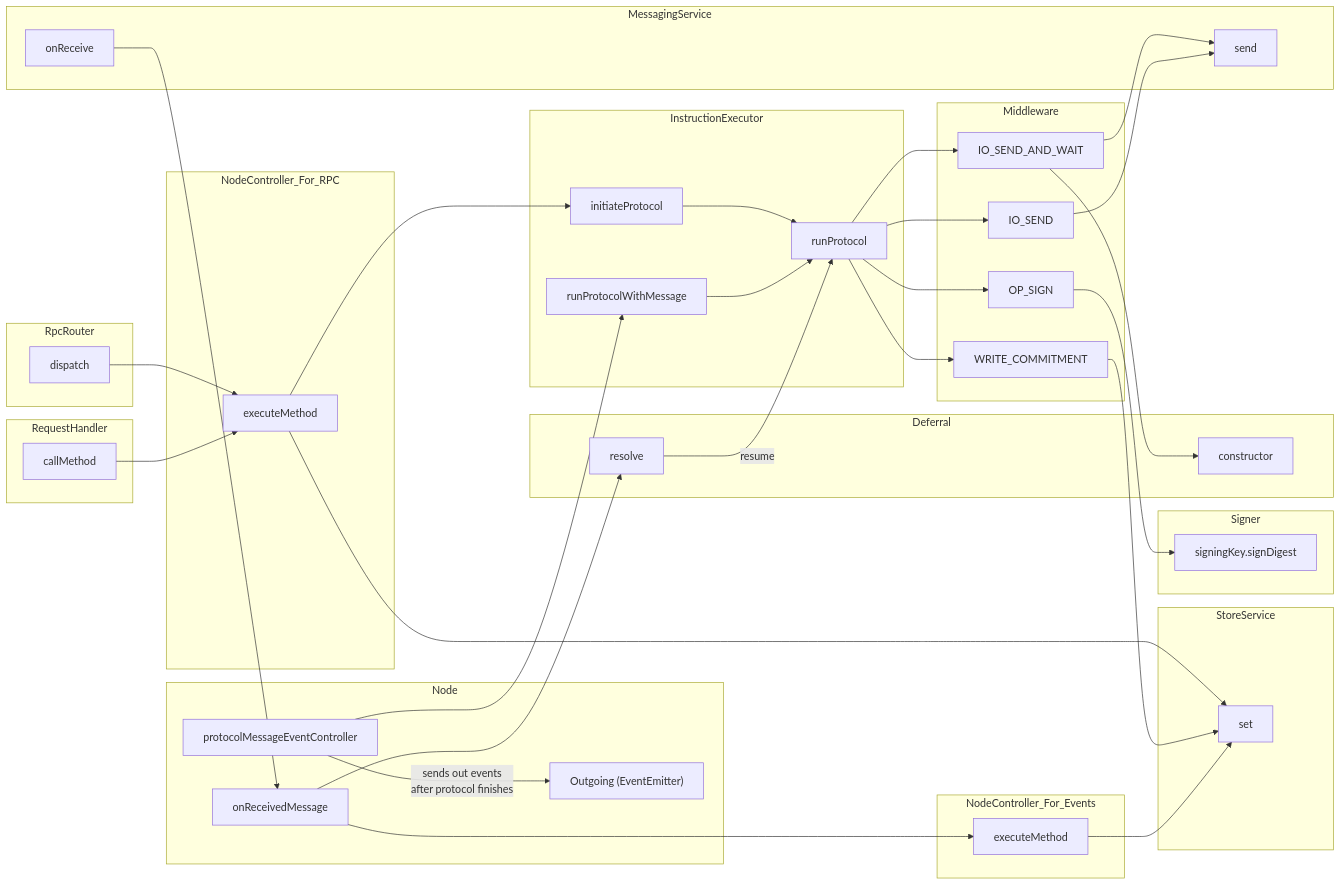
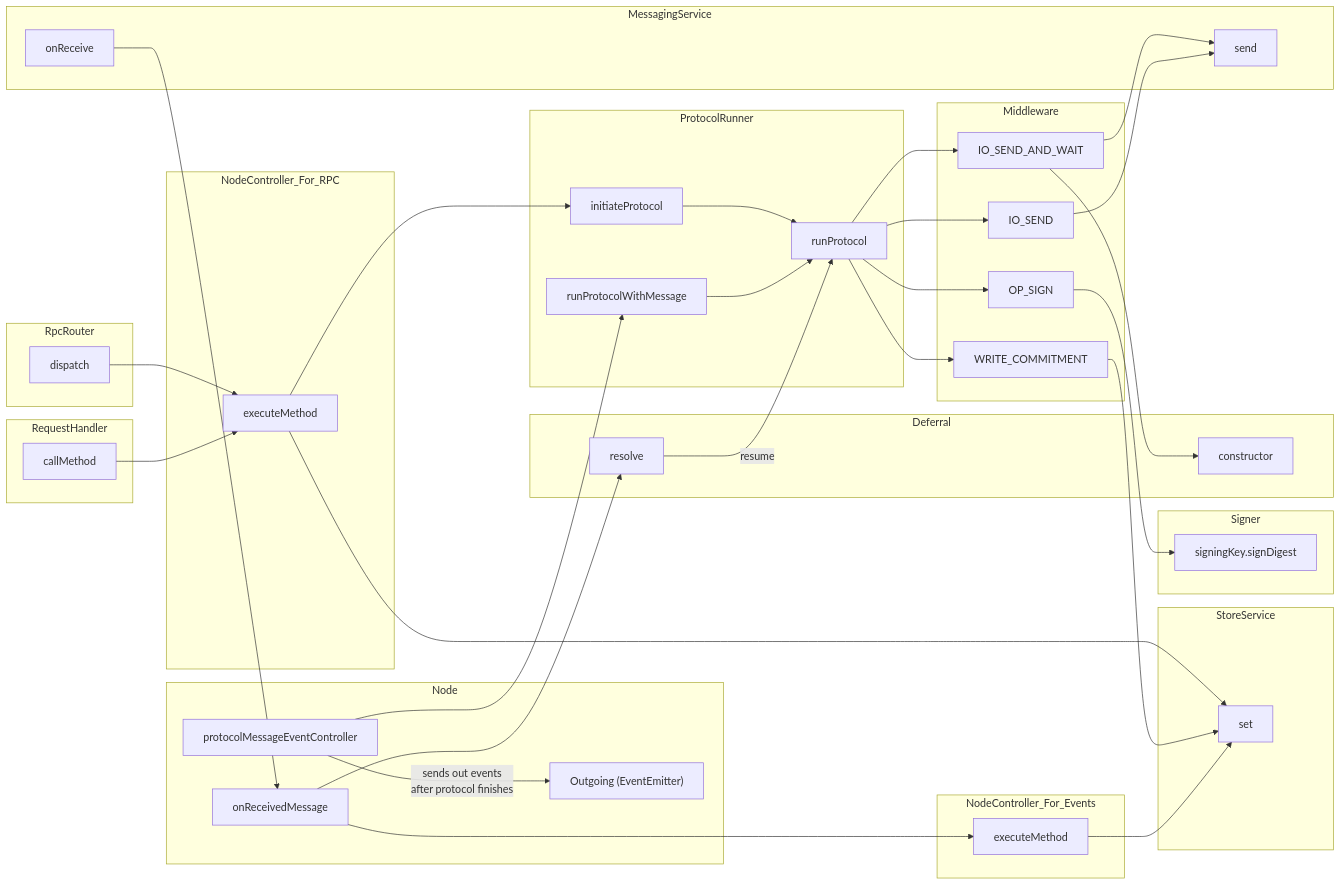
The diagram in modules/cf-core/docs/source/diagrams/node-cfg.mmd (connext/indra), drawn with Mermaid before and after one commit. The commit also changed 69 other files, not shown here.

```diff
--- a/modules/cf-core/docs/source/diagrams/node-cfg.mmd
+++ b/modules/cf-core/docs/source/diagrams/node-cfg.mmd
@@ -1,70 +1,70 @@
 graph LR
   subgraph MessagingService
     onReceive
     send
   end
 
   subgraph RequestHandler
     callMethod
   end
 
   subgraph RpcRouter
     dispatch
   end
 
   subgraph StoreService
     storeServiceSet["set"]
   end
 
   subgraph NodeController_For_RPC
     rpcExecute["executeMethod"]-->storeServiceSet
     dispatch-->rpcExecute
     callMethod-->rpcExecute
   end
 
   subgraph Middleware
     IO_SEND_AND_WAIT
     IO_SEND
     OP_SIGN
     WRITE_COMMITMENT-->storeServiceSet
     IO_SEND_AND_WAIT-->send
     IO_SEND-->send
   end
   subgraph Deferral
     ioSendDeferrals["resolve"]
     deferralCtor["constructor"]
   end
 
   subgraph Signer
     signDigest["signingKey.signDigest"]
   end
 
   subgraph Node
     onReceivedMessage
     onReceive-->onReceivedMessage
     onReceivedMessage-->ioSendDeferrals
     outgoing["Outgoing (EventEmitter)"]
     protocolMessageEventController-->|sends out events <br>after protocol finishes|outgoing
     OP_SIGN-->signDigest
   end
 
   subgraph NodeController_For_Events
     eventExecute["executeMethod"]-->storeServiceSet
     onReceivedMessage-->eventExecute
   end
 
-  subgraph InstructionExecutor
+  subgraph ProtocolRunner
     initiateProtocol
     runProtocolWithMessage
     protocolMessageEventController-->runProtocolWithMessage
     rpcExecute-->initiateProtocol
     runProtocol
     initiateProtocol-->runProtocol
     runProtocolWithMessage-->runProtocol
     ioSendDeferrals-->|resume|runProtocol
     IO_SEND_AND_WAIT-->deferralCtor
     runProtocol-->IO_SEND_AND_WAIT
     runProtocol-->IO_SEND
     runProtocol-->OP_SIGN
     runProtocol-->WRITE_COMMITMENT
   end
```
